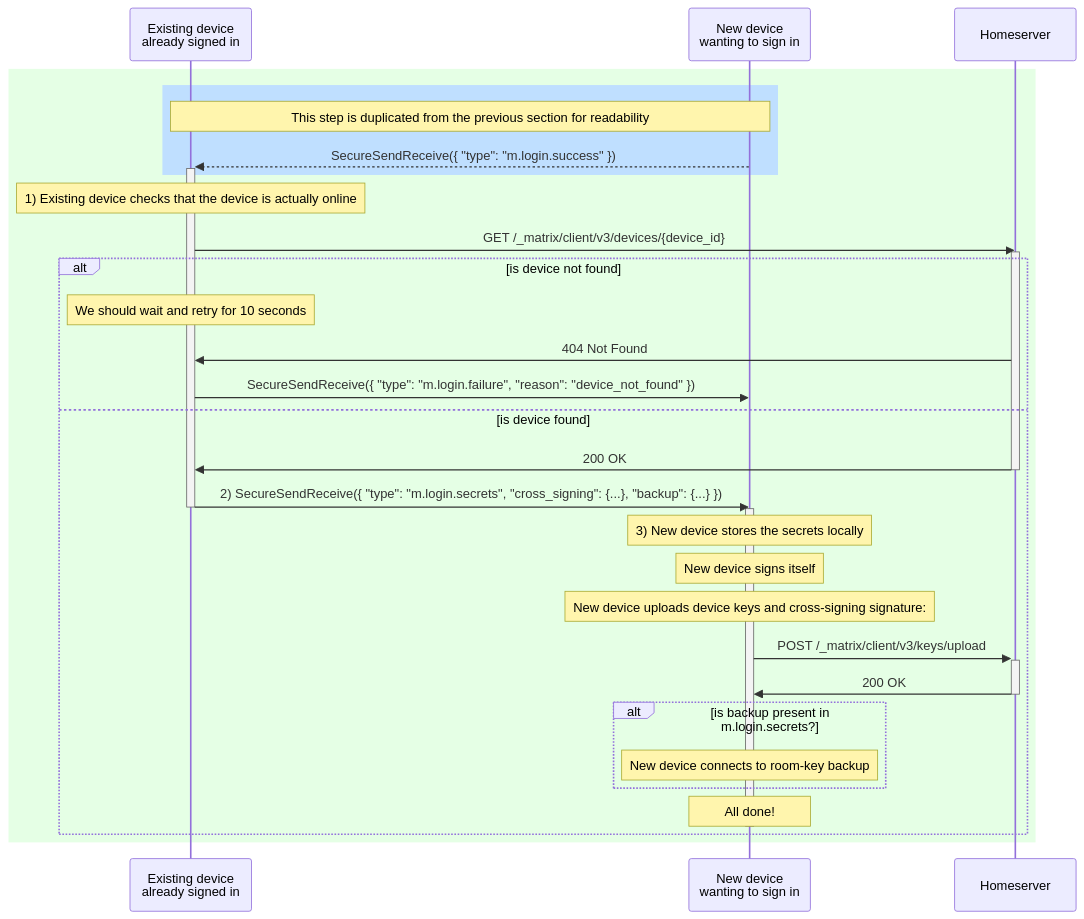
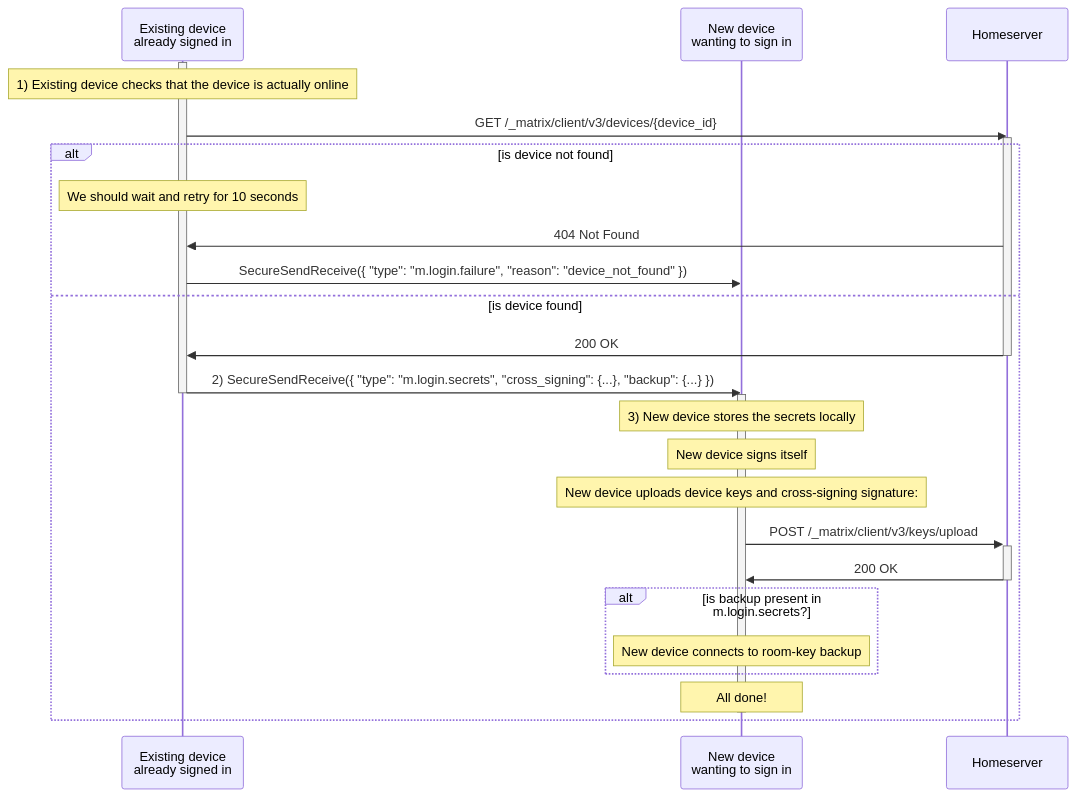
The fifth of 5 diagrams in proposals/4108-oidc-qr-login.md (matrix-org/matrix-spec-proposals), drawn with Mermaid before and after one commit. The commit also changed other lines of this file, not shown here.

Commit message:
Remove background from sequence diagrams where colour has no meaning

````diff
--- a/proposals/4108-oidc-qr-login.md
+++ b/proposals/4108-oidc-qr-login.md
@@ -645,43 +643,37 @@
 ```mermaid
 sequenceDiagram
     participant E as Existing device <br>already signed in
     participant N as New device <br>wanting to sign in
     participant HS as Homeserver
 
-    rect rgba(0,255,0, 0.1)
-            rect rgb(191, 223, 255)
-note over N,E: This step is duplicated from the previous section for readability
-              N-->>+E: SecureSendReceive({ "type": "m.login.success" })
-            end
-
+    activate E
             Note over E: 1) Existing device checks that the device is actually online
             E->>HS: GET /_matrix/client/v3/devices/{device_id}
 activate HS
 
             alt is device not found
               note over E: We should wait and retry for 10 seconds
               HS->>E: 404 Not Found
               E->>N: SecureSendReceive({ "type": "m.login.failure", "reason": "device_not_found" })
             else is device found
               HS->>E: 200 OK
 deactivate HS
 
               E->>-N: 2) SecureSendReceive({ "type": "m.login.secrets", "cross_signing": {...}, "backup": {...} })
 
               activate N
               note over N: 3) New device stores the secrets locally
 
 note over N: New device signs itself
               note over N: New device uploads device keys and cross-signing signature:
               N->>+HS: POST /_matrix/client/v3/keys/upload
               HS->>-N: 200 OK
 
 alt is backup present in m.login.secrets?
               note over N: New device connects to room-key backup
 end
 
 note over N: All done!
               deactivate N
             end
-    end
 ```
````
